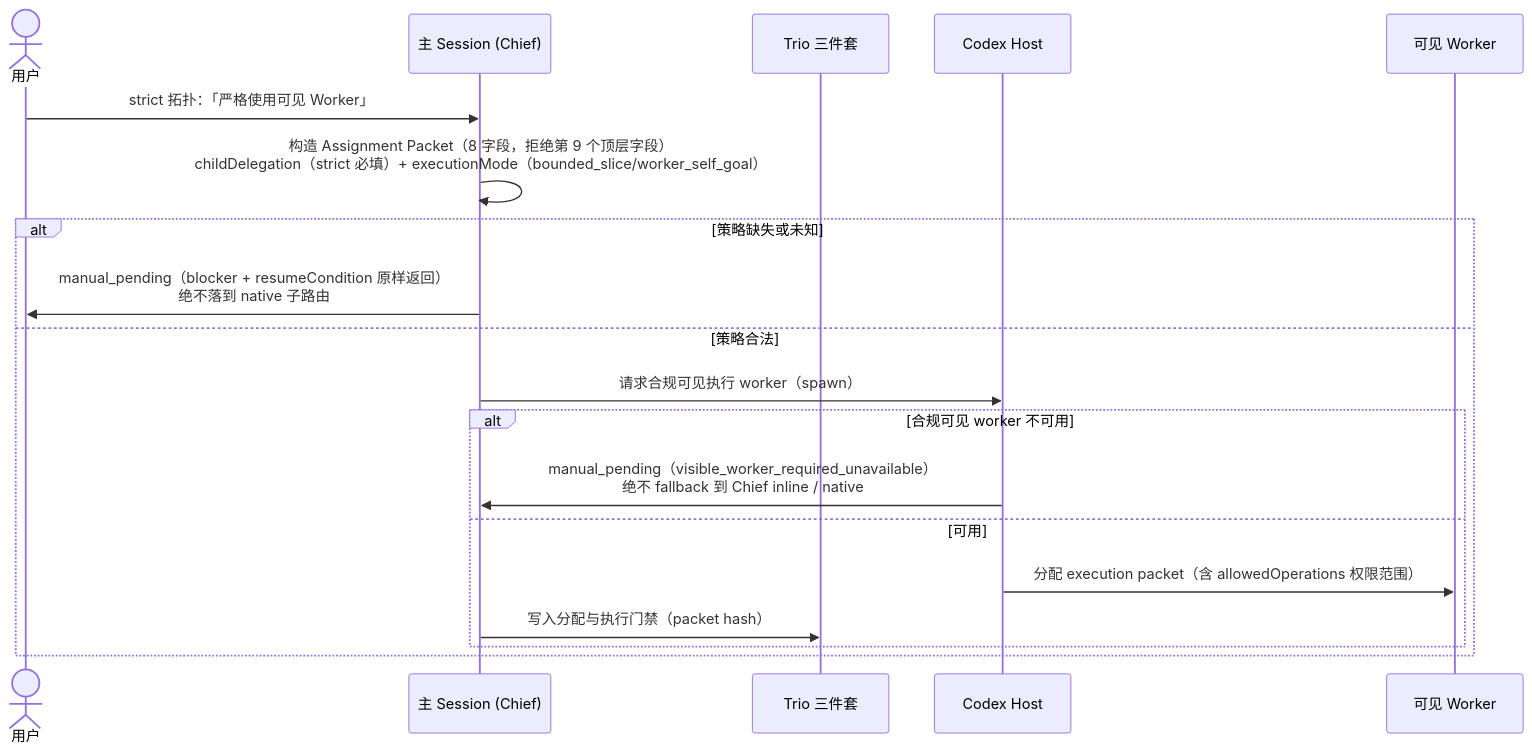
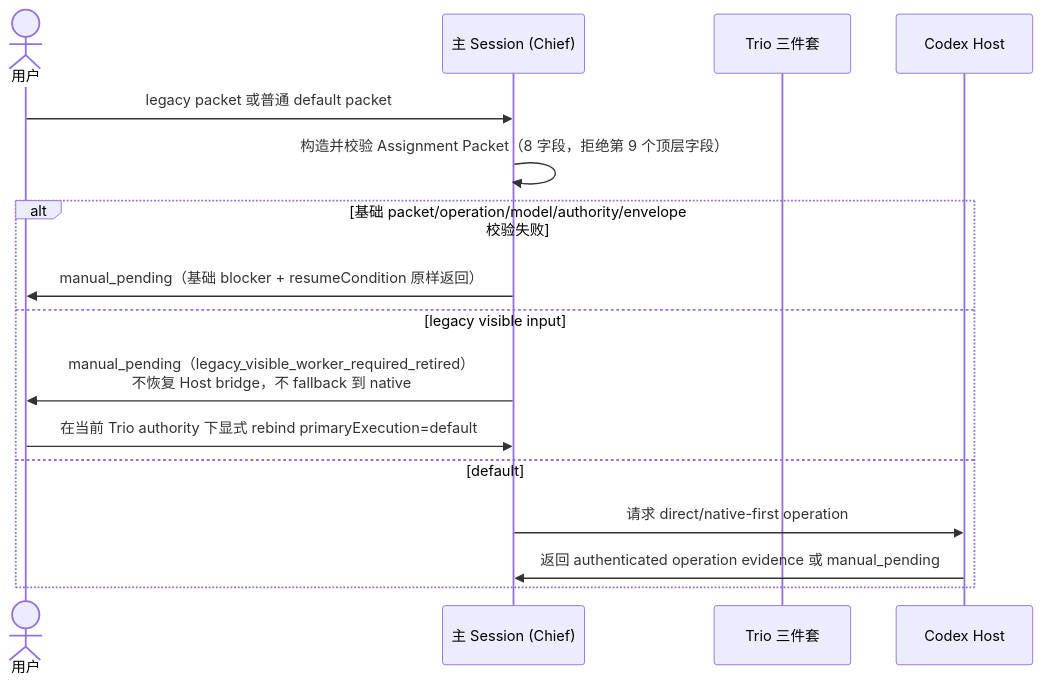
The second of 6 diagrams in docs/trio-v2/workflow.md (ilderaj/superpowering-with-files), drawn with Mermaid before and after one commit. The commit also changed other lines of this file and 59 other files, not shown here.

````diff
--- a/docs/trio-v2/workflow.md
+++ b/docs/trio-v2/workflow.md
@@ -31,21 +31,18 @@
 ```mermaid
 sequenceDiagram
     actor User as 用户
     participant S1 as 主 Session (Chief)
     participant Trio as Trio 三件套
     participant Host as Codex Host
-    participant VW as 可见 Worker
-    User->>S1: strict 拓扑：「严格使用可见 Worker」
-    S1->>S1: 构造 Assignment Packet（8 字段，拒绝第 9 个顶层字段）<br/>childDelegation（strict 必填）+ executionMode（bounded_slice/worker_self_goal）
-    alt 策略缺失或未知
-        S1->>User: manual_pending（blocker + resumeCondition 原样返回）<br/>绝不落到 native 子路由
-    else 策略合法
-        S1->>Host: 请求合规可见执行 worker（spawn）
-        alt 合规可见 worker 不可用
-            Host->>S1: manual_pending（visible_worker_required_unavailable）<br/>绝不 fallback 到 Chief inline / native
-        else 可用
-            Host->>VW: 分配 execution packet（含 allowedOperations 权限范围）
-            S1->>Trio: 写入分配与执行门禁（packet hash）
-        end
+    User->>S1: legacy packet 或普通 default packet
+    S1->>S1: 构造并校验 Assignment Packet（8 字段，拒绝第 9 个顶层字段）
+    alt 基础 packet/operation/model/authority/envelope 校验失败
+        S1->>User: manual_pending（基础 blocker + resumeCondition 原样返回）
+    else legacy visible input
+        S1->>User: manual_pending（legacy_visible_worker_required_retired）<br/>不恢复 Host bridge，不 fallback 到 native
+        User->>S1: 在当前 Trio authority 下显式 rebind primaryExecution=default
+    else default
+        S1->>Host: 请求 direct/native-first operation
+        Host->>S1: 返回 authenticated operation evidence 或 manual_pending
     end
 ```
````
